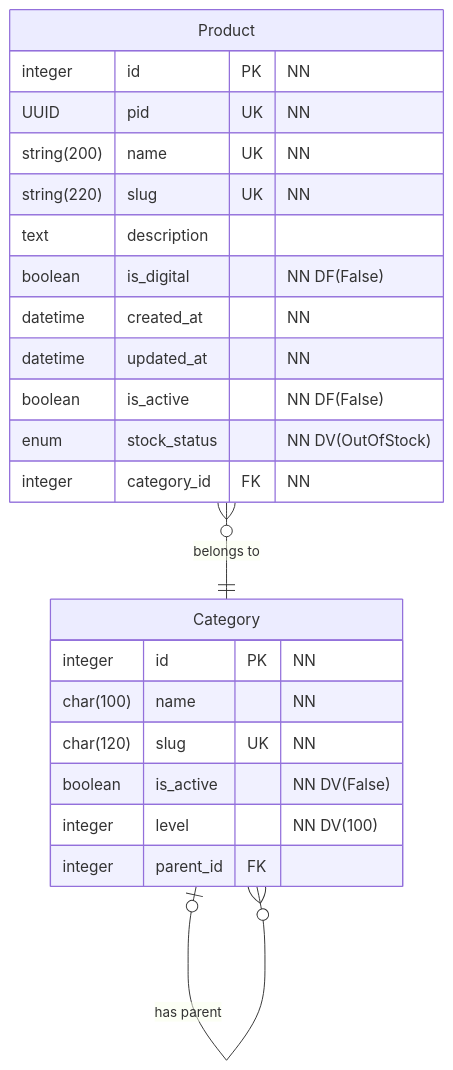
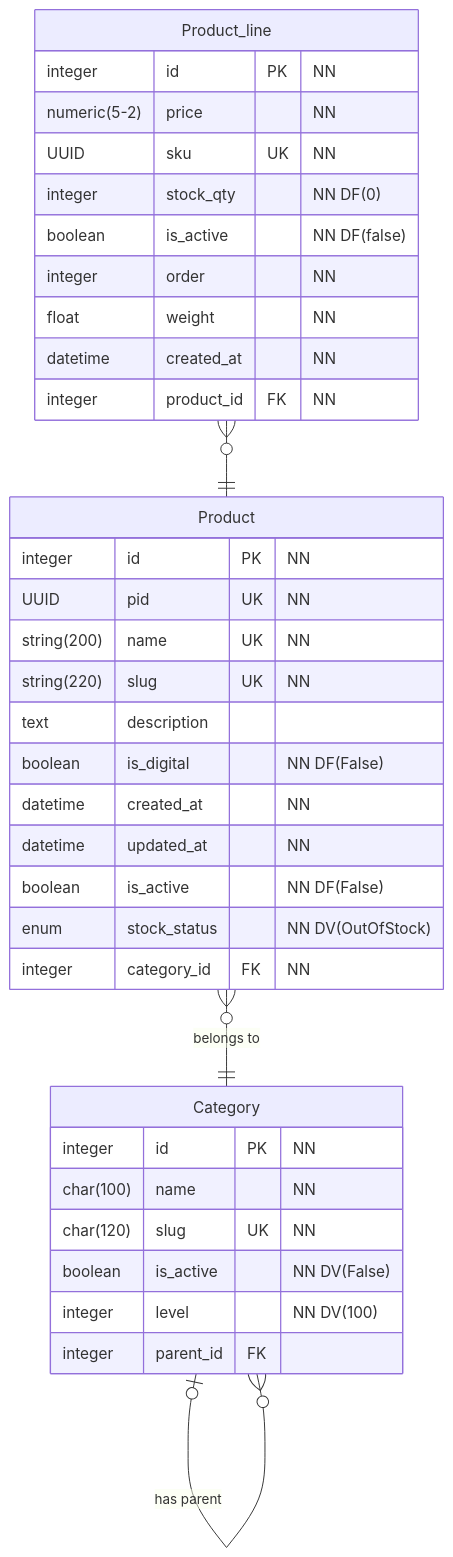
Before and after one commit to BrunoSoaresEngineering/fastAPI-learning-project: the diagram in README.md, drawn with Mermaid. The commit also changed 2 other files, not shown here.

Commit message:
feat: add "product_line" table

````diff
--- a/README.md
+++ b/README.md
@@ -3,29 +3,42 @@
 ```mermaid
 erDiagram
     Category {
       integer id PK "NN"
       char(100) name "NN"
       char(120) slug UK "NN"
       boolean is_active "NN DV(False)"
       integer level "NN DV(100)"
       integer parent_id FK
     }
 
     Product {
       integer id PK "NN"
       UUID pid UK "NN"
       string(200) name UK "NN"
       string(220) slug UK "NN"
       text description
       boolean is_digital "NN DF(False)"
       datetime created_at "NN"
       datetime updated_at "NN"
       boolean is_active "NN DF(False)"
       enum stock_status "NN DV(OutOfStock)"
       integer category_id FK "NN"
     }
 
+    Product_line {
+      integer id PK "NN"
+      numeric(5-2) price "NN"
+      UUID sku UK "NN"
+      integer stock_qty "NN DF(0)"
+      boolean is_active "NN DF(false)"
+      integer order "NN"
+      float weight "NN"
+      datetime created_at "NN"
+      integer product_id FK "NN"
+    }
+
     Category |o--o{ Category : "has parent"
     Product }o--|| Category: "belongs to"
+    Product_line }o--|| Product: ""
 
 ```
````
